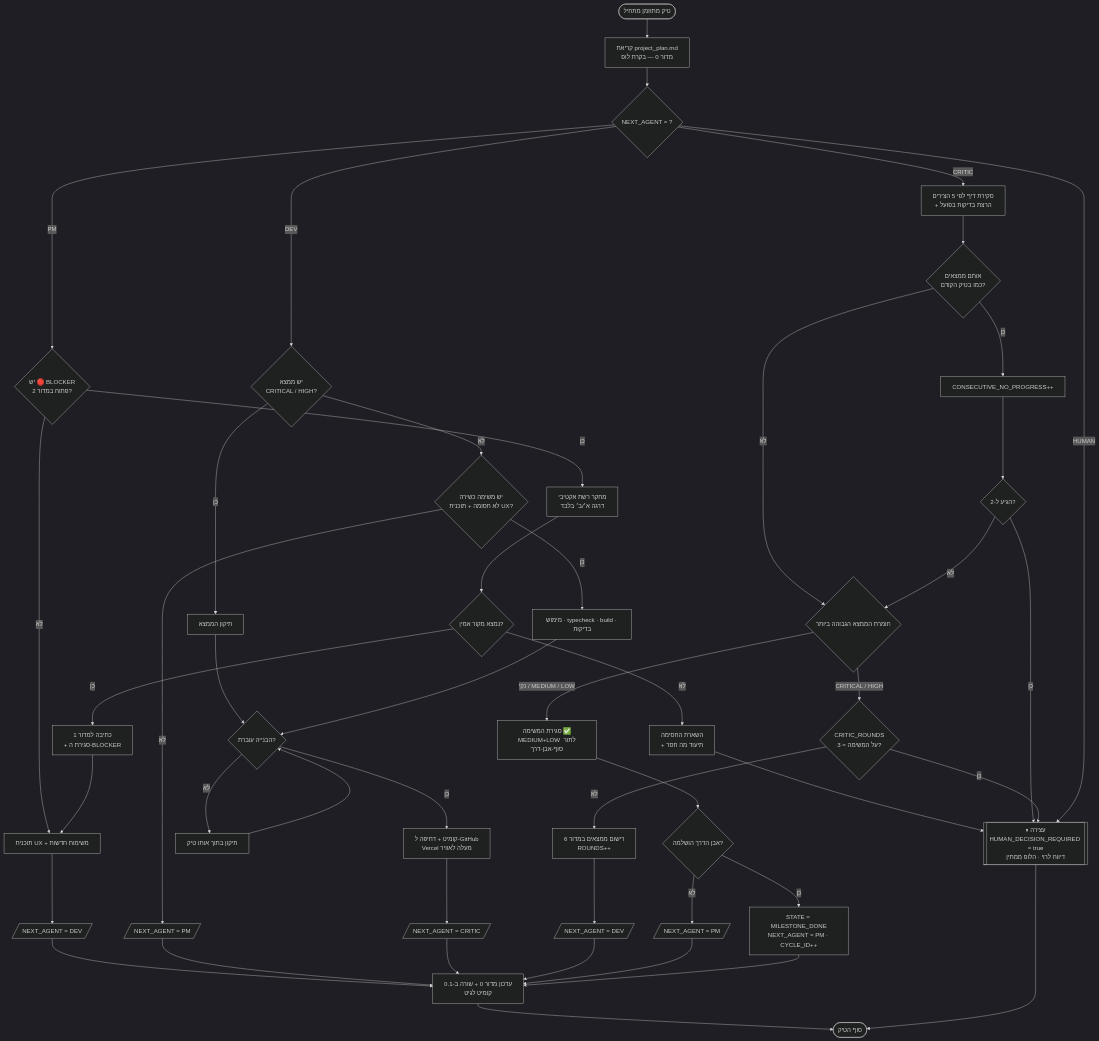
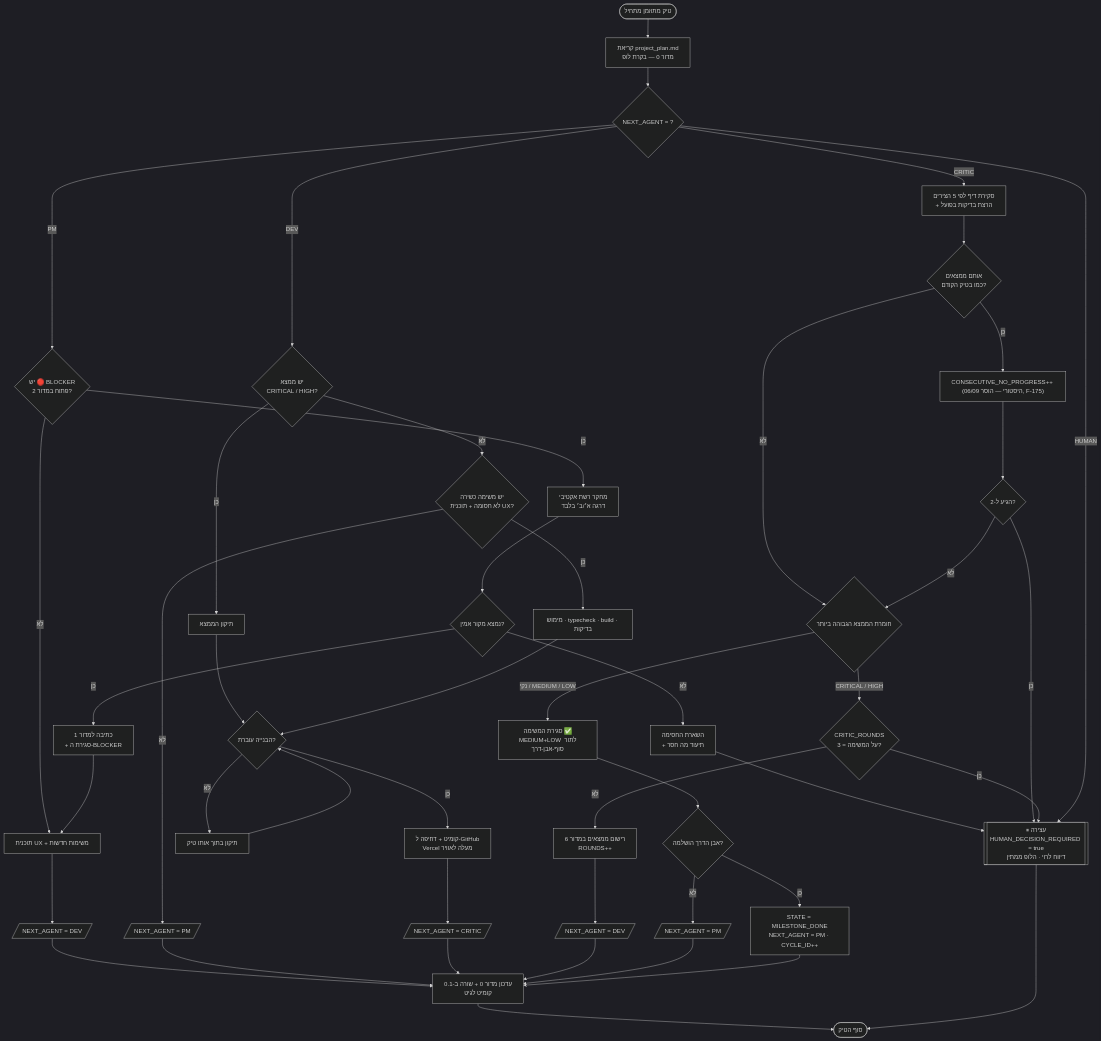
Before and after one commit to roygindi2-design/English-web: the diagram in docs/handoff_flow.mermaid, drawn with Mermaid (dark theme). The commit also changed 13 other files, not shown here.

```diff
--- a/docs/handoff_flow.mermaid
+++ b/docs/handoff_flow.mermaid
@@ -1,52 +1,53 @@
+%% 🕰️ מסמך היסטורי — מתאר את הלופ לפני 24/08 (project_plan.md, שם "Critic"). ⛔ לא נמחק, לתחקור בלבד.
 flowchart TD
     START([טיק מתוזמן מתחיל]) --> READ[קריאת project_plan.md<br/>מדור 0 — בקרת לופ]
     READ --> GATE{NEXT_AGENT = ?}
 
     GATE -->|PM| PM_BLOCK{יש 🔴 BLOCKER<br/>פתוח במדור 2?}
     PM_BLOCK -->|כן| PM_RESEARCH[מחקר רשת אקטיבי<br/>דרגה א׳/ב׳ בלבד]
     PM_BLOCK -->|לא| PM_PLAN[תוכנית UX + משימות חדשות]
     PM_RESEARCH --> PM_FOUND{נמצא מקור אמין?}
     PM_FOUND -->|כן| PM_WRITE[כתיבה למדור 1<br/>+ סגירת ה-BLOCKER]
     PM_FOUND -->|לא| PM_ESC[השארת החסימה<br/>+ תיעוד מה חסר]
     PM_WRITE --> PM_PLAN
     PM_ESC --> HUMAN
     PM_PLAN --> TO_DEV[/NEXT_AGENT = DEV/]
 
     GATE -->|DEV| DEV_PICK{יש ממצא<br/>CRITICAL / HIGH?}
     DEV_PICK -->|כן| DEV_FIX[תיקון הממצא]
     DEV_PICK -->|לא| DEV_TASK{יש משימה כשירה<br/>לא חסומה + תוכנית UX?}
     DEV_TASK -->|לא| TO_PM[/NEXT_AGENT = PM/]
     DEV_TASK -->|כן| DEV_BUILD[מימוש · typecheck · build · בדיקות]
     DEV_FIX --> DEV_VERIFY{הבנייה עוברת?}
     DEV_BUILD --> DEV_VERIFY
     DEV_VERIFY -->|לא| DEV_RETRY[תיקון בתוך אותו טיק]
     DEV_RETRY --> DEV_VERIFY
     DEV_VERIFY -->|כן| DEV_PUSH[קומיט + דחיפה ל-GitHub<br/>Vercel מעלה לאוויר]
     DEV_PUSH --> TO_CRITIC[/NEXT_AGENT = CRITIC/]
 
     GATE -->|CRITIC| CR_REVIEW[סקירת דיף לפי 5 הצירים<br/>+ הרצת בדיקות בפועל]
     CR_REVIEW --> CR_SAME{אותם ממצאים<br/>כמו בטיק הקודם?}
-    CR_SAME -->|כן| CR_NP[CONSECUTIVE_NO_PROGRESS++]
+    CR_SAME -->|כן| CR_NP["CONSECUTIVE_NO_PROGRESS++ (היסטורי — הוסר 06/09, F-175)"]
     CR_SAME -->|לא| CR_SEV{חומרת הממצא הגבוהה ביותר}
     CR_NP --> CR_NPCHK{הגיע ל-2?}
     CR_NPCHK -->|כן| HUMAN
     CR_NPCHK -->|לא| CR_SEV
     CR_SEV -->|CRITICAL / HIGH| CR_ROUNDS{CRITIC_ROUNDS<br/>על המשימה = 3?}
     CR_SEV -->|נקי / MEDIUM / LOW| CR_CLOSE[סגירת המשימה ✅<br/>MEDIUM+LOW לתור סוף-אבן-דרך]
     CR_ROUNDS -->|כן| HUMAN
     CR_ROUNDS -->|לא| CR_BACK[רישום ממצאים במדור 6<br/>ROUNDS++]
     CR_BACK --> TO_DEV2[/NEXT_AGENT = DEV/]
     CR_CLOSE --> CR_MS{אבן הדרך הושלמה?}
     CR_MS -->|כן| MS[STATE = MILESTONE_DONE<br/>NEXT_AGENT = PM · CYCLE_ID++]
     CR_MS -->|לא| TO_PM2[/NEXT_AGENT = PM/]
 
     GATE -->|HUMAN| HUMAN[[⏸ עצירה<br/>HUMAN_DECISION_REQUIRED = true<br/>דיווח לרוי · הלופ ממתין]]
 
     TO_DEV --> COMMIT
     TO_PM --> COMMIT
     TO_CRITIC --> COMMIT
     TO_DEV2 --> COMMIT
     TO_PM2 --> COMMIT
     MS --> COMMIT
     COMMIT[עדכון מדור 0 + שורה ב-0.1<br/>קומיט לגיט] --> END([סוף הטיק])
     HUMAN --> END
```
